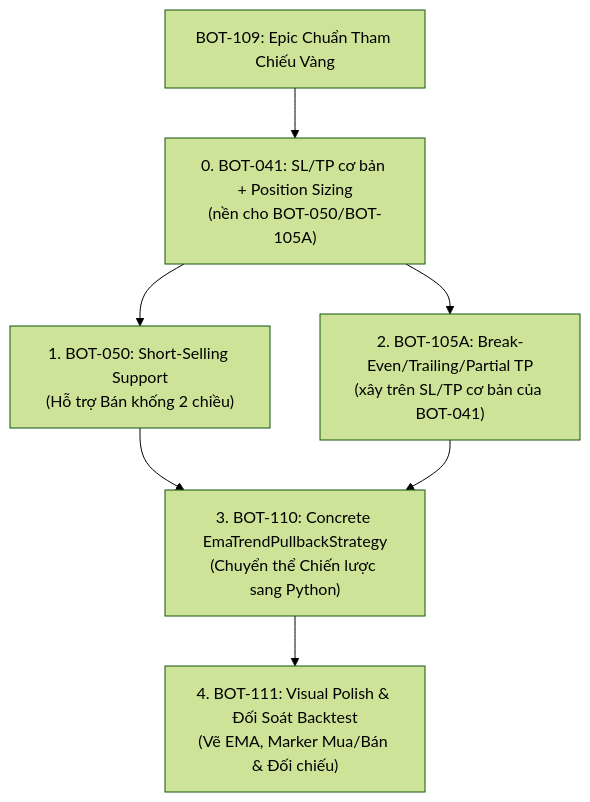
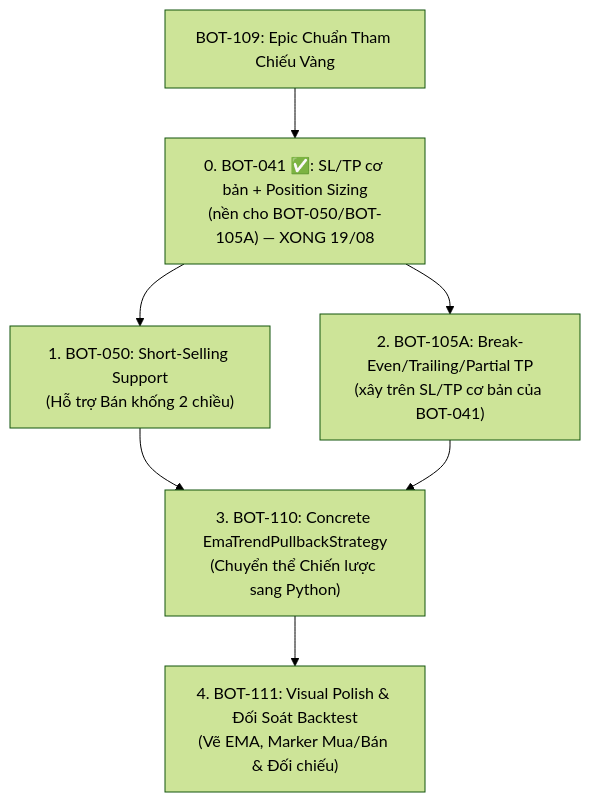
Before and after one commit to anhembedded/Sagittarius_Elite_Warrior: the diagram in Tasks/backlog/BOT-109_golden_strategy_ema_trend_confirm_pullback_epic.md, drawn with Mermaid (forest theme). The commit also changed other lines of this file and 14 other files, not shown here.

First line of the commit message:
feat(backtest): implement BOT-041 stop-loss/take-profit + risk-based sizing

````diff
--- a/Tasks/backlog/BOT-109_golden_strategy_ema_trend_confirm_pullback_epic.md
+++ b/Tasks/backlog/BOT-109_golden_strategy_ema_trend_confirm_pullback_epic.md
@@ -144,9 +144,9 @@
 ```mermaid
 graph TD
-    A["BOT-109: Epic Chuẩn Tham Chiếu Vàng"] --> Z["0. BOT-041: SL/TP cơ bản + Position Sizing<br/>(nền cho BOT-050/BOT-105A)"]
+    A["BOT-109: Epic Chuẩn Tham Chiếu Vàng"] --> Z["0. BOT-041 ✅: SL/TP cơ bản + Position Sizing<br/>(nền cho BOT-050/BOT-105A) — XONG 19/08"]
     Z --> B["1. BOT-050: Short-Selling Support<br/>(Hỗ trợ Bán khống 2 chiều)"]
     Z --> C["2. BOT-105A: Break-Even/Trailing/Partial TP<br/>(xây trên SL/TP cơ bản của BOT-041)"]
     B --> D["3. BOT-110: Concrete EmaTrendPullbackStrategy<br/>(Chuyển thể Chiến lược sang Python)"]
     C --> D
     D --> E["4. BOT-111: Visual Polish & Đối Soát Backtest<br/>(Vẽ EMA, Marker Mua/Bán & Đối chiếu)"]
 ```
````
